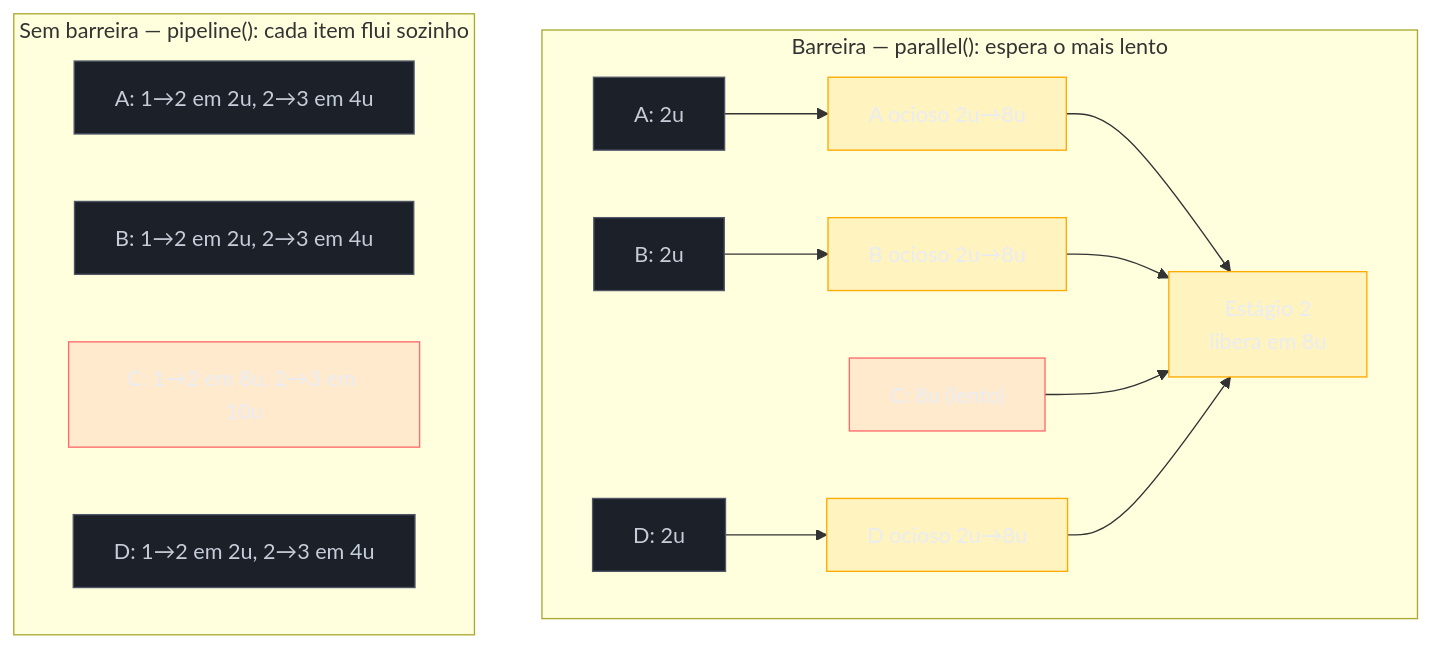
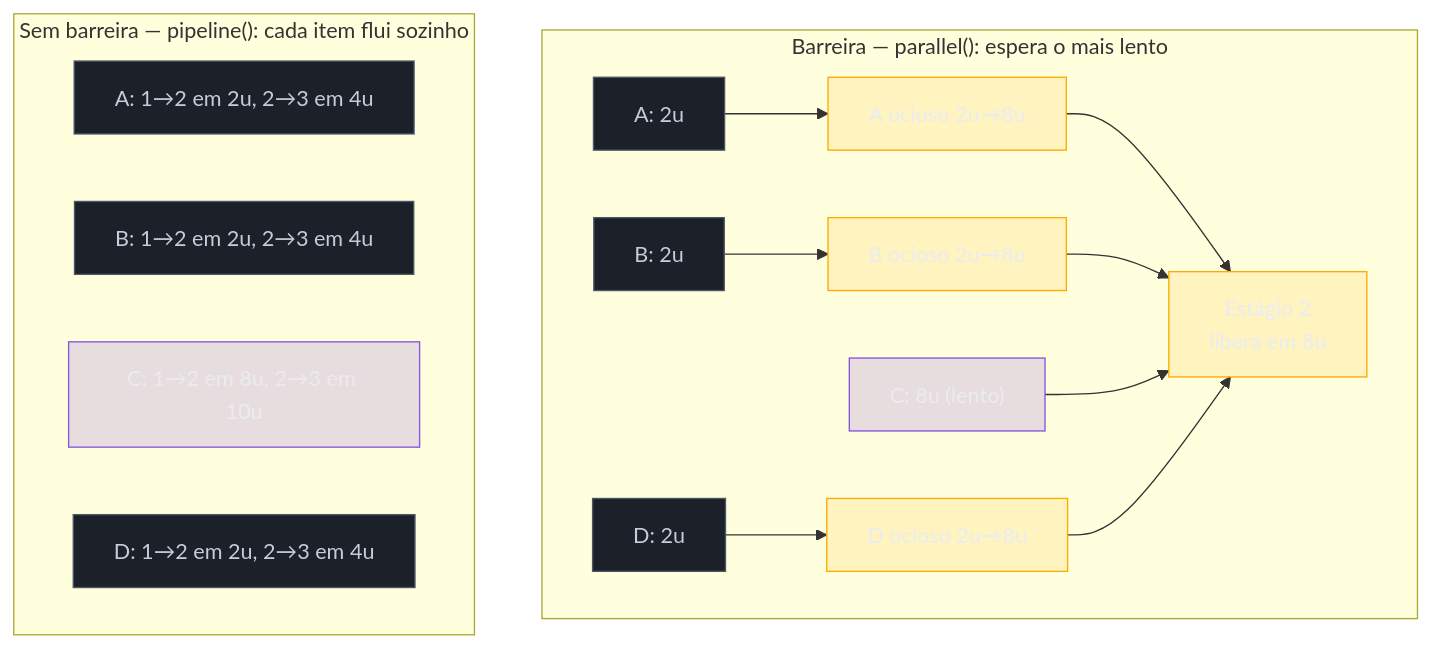
Before and after one commit to josenaldo/codex-technomanticus: the third of 3 diagrams in 03-Dominios/Tecnologia/IA/Claude Code/Workflows/12 - Orquestração em grafo — fan-out, arestas e verificadores.md, drawn with Mermaid. The commit also changed 601 other files, not shown here.

````diff
--- a/03-Dominios/Tecnologia/IA/Claude Code/Workflows/12 - Orquestração em grafo — fan-out, arestas e verificadores.md
+++ b/03-Dominios/Tecnologia/IA/Claude Code/Workflows/12 - Orquestração em grafo — fan-out, arestas e verificadores.md
@@ -343,43 +343,43 @@
 ```mermaid
 flowchart TB
+    classDef marca fill:#8855DF33,stroke:#8855DF,color:#E9ECF2
     classDef neutro fill:#1B2029,stroke:#4E5666,color:#C6CCD8
-    classDef falha fill:#FF6B6B24,stroke:#FF6B6B,color:#E9ECF2
     classDef destaque fill:#FFAA0024,stroke:#FFAA00,color:#E9ECF2
     subgraph B["Barreira — parallel(): espera o mais lento"]
         direction LR
         bA["A: 2u"]
         bB["B: 2u"]
         bC["C: 8u (lento)"]
         bD["D: 2u"]
         bIdleA["A ocioso 2u→8u"]
         bIdleB["B ocioso 2u→8u"]
         bIdleD["D ocioso 2u→8u"]
         bGate["Estágio 2\nlibera em 8u"]
 
         bA --> bIdleA --> bGate
         bB --> bIdleB --> bGate
         bC --> bGate
         bD --> bIdleD --> bGate
     end
 
     subgraph P["Sem barreira — pipeline(): cada item flui sozinho"]
         direction LR
         pA["A: 1→2 em 2u, 2→3 em 4u"]
         pB["B: 1→2 em 2u, 2→3 em 4u"]
         pC["C: 1→2 em 8u, 2→3 em 10u"]
         pD["D: 1→2 em 2u, 2→3 em 4u"]
     end
 
     class bA neutro
     class bB neutro
     class bD neutro
-    class bC falha
+    class bC marca
     class bIdleA destaque
     class bIdleB destaque
     class bIdleD destaque
     class bGate destaque
     class pA neutro
     class pB neutro
     class pD neutro
-    class pC falha
+    class pC marca
 ```
````
